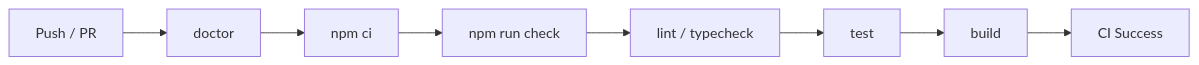
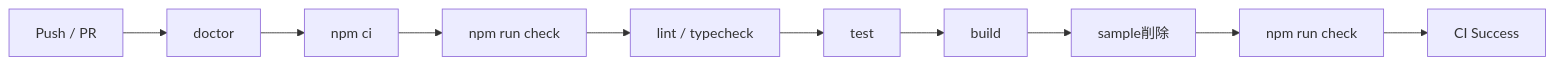
The second of 4 diagrams in docs/DEVELOPMENT.md (k-systems202208/nextjs-supabase-vercel-webapp-template), drawn with Mermaid before and after one commit. The commit also changed other lines of this file and 4 other files, not shown here.

````diff
--- a/docs/DEVELOPMENT.md
+++ b/docs/DEVELOPMENT.md
@@ -56,10 +56,12 @@
 ```mermaid
 flowchart LR
     P["Push / PR"] --> D["doctor"]
     D --> I["npm ci"]
     I --> Q["npm run check"]
     Q --> L["lint / typecheck"]
     L --> T["test"]
     T --> B["build"]
-    B --> OK["CI Success"]
+    B --> S["sample削除"]
+    S --> Q2["npm run check"]
+    Q2 --> OK["CI Success"]
 ```
````
